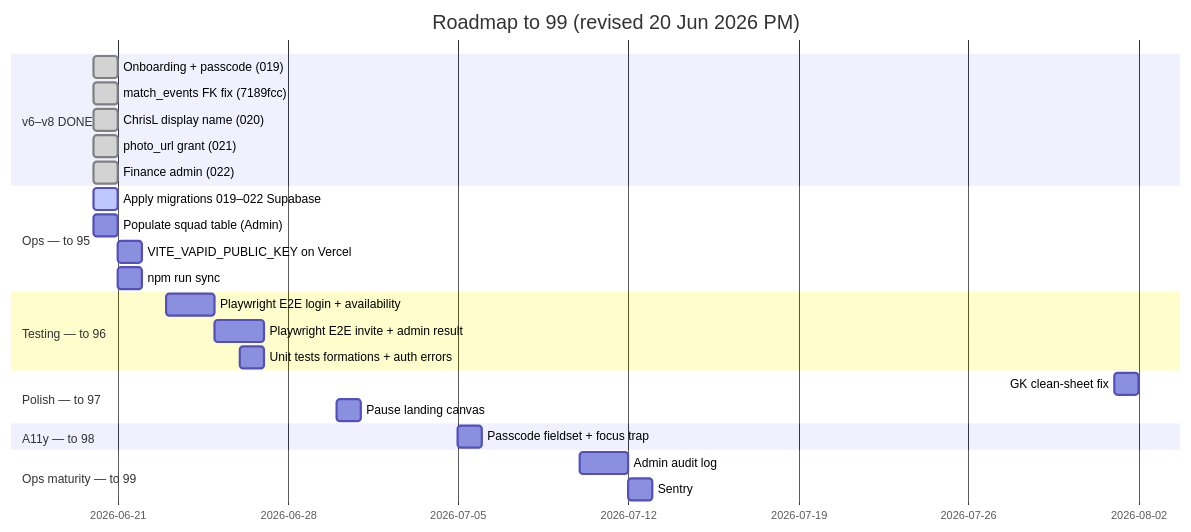
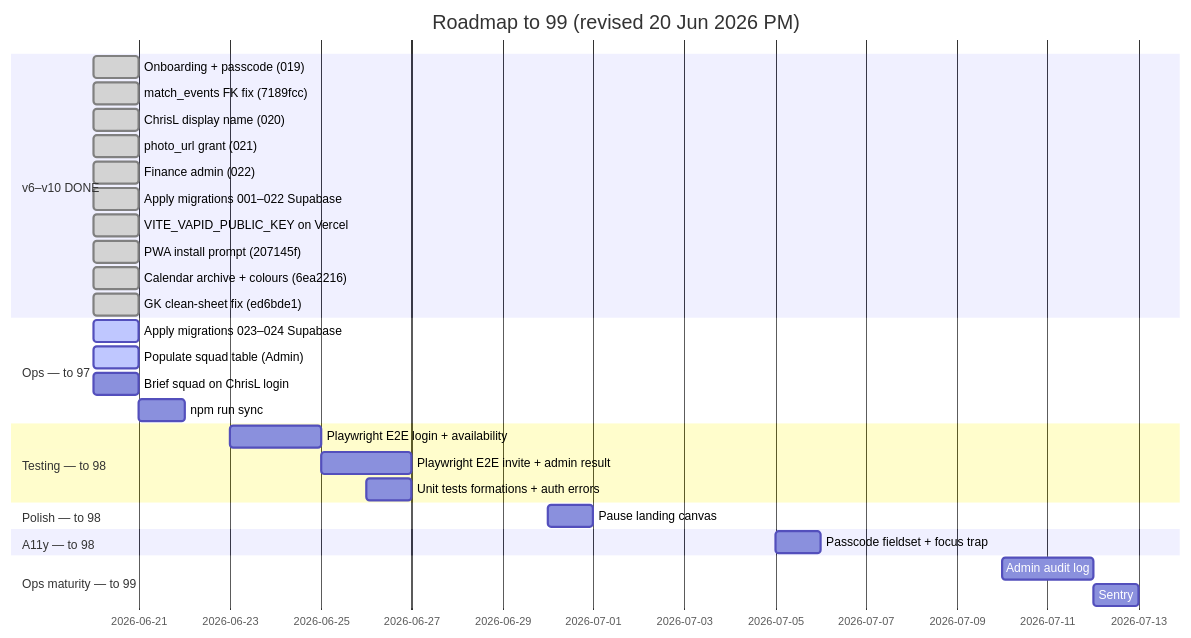
Before and after one commit to lewisjakewhite26/bmfcapp: the diagram in docs/ROADMAP-99.md, drawn with Mermaid. The commit also changed other lines of this file and 32 other files, not shown here.

````diff
--- a/docs/ROADMAP-99.md
+++ b/docs/ROADMAP-99.md
@@ -50,28 +56,32 @@
 ```mermaid
 gantt
     title Roadmap to 99 (revised 20 Jun 2026 PM)
     dateFormat  YYYY-MM-DD
-    section v6–v8 DONE
+    section v6–v10 DONE
     Onboarding + passcode (019)           :done, v6, 2026-06-20, 1d
     match_events FK fix (7189fcc)         :done, v7a, 2026-06-20, 1d
     ChrisL display name (020)             :done, v7b, 2026-06-20, 1d
     photo_url grant (021)                 :done, v7c, 2026-06-20, 1d
     Finance admin (022)                   :done, v8, 2026-06-20, 1d
-    section Ops — to 95
-    Apply migrations 019–022 Supabase     :active, ops1, 2026-06-20, 1d
-    Populate squad table (Admin)          :ops2, 2026-06-20, 1d
-    VITE_VAPID_PUBLIC_KEY on Vercel       :ops3, 2026-06-21, 1d
-    npm run sync:ddsfl                      :ops4, 2026-06-21, 1d
-    section Testing — to 96
+    Apply migrations 001–022 Supabase     :done, v9, 2026-06-20, 1d
+    VITE_VAPID_PUBLIC_KEY on Vercel       :done, v9b, 2026-06-20, 1d
+    PWA install prompt (207145f)          :done, v10a, 2026-06-20, 1d
+    Calendar archive + colours (6ea2216)  :done, v10b, 2026-06-20, 1d
+    GK clean-sheet fix (ed6bde1)          :done, v10c, 2026-06-20, 1d
+    section Ops — to 97
+    Apply migrations 023–024 Supabase     :active, ops0, 2026-06-20, 1d
+    Populate squad table (Admin)          :active, ops1, 2026-06-20, 1d
+    Brief squad on ChrisL login           :ops2, 2026-06-20, 1d
+    npm run sync:ddsfl                      :ops3, 2026-06-21, 1d
+    section Testing — to 98
     Playwright E2E login + availability   :t1, 2026-06-23, 2d
     Playwright E2E invite + admin result  :t2, 2026-06-25, 2d
     Unit tests formations + auth errors   :t3, 2026-06-26, 1d
-    section Polish — to 97
-    GK clean-sheet fix                    :p1, 2026-08-01, 1d
+    section Polish — to 98
     Pause landing canvas                  :p2, 2026-06-30, 1d
     section A11y — to 98
     Passcode fieldset + focus trap        :a1, 2026-07-05, 1d
     section Ops maturity — to 99
     Admin audit log                       :o1, 2026-07-10, 2d
     Sentry                                :o2, 2026-07-12, 1d
 ```
````
